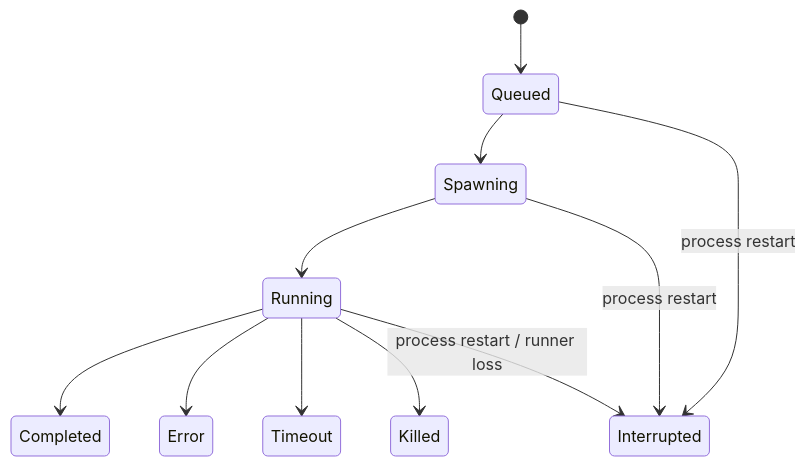
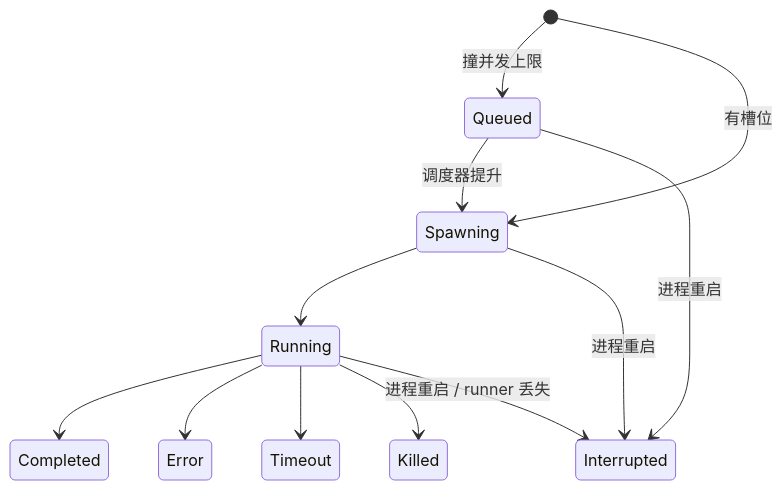
One commit to shiwenwen/hope-agent changed the second of 6 diagrams in docs/architecture/subagent.md. Above: the diagram before and after it, drawn with Mermaid. The commit also changed other lines of this file and 11 other files, not shown here.

````diff
--- a/docs/architecture/subagent.md
+++ b/docs/architecture/subagent.md
@@ -30,13 +79,14 @@
 ```mermaid
 stateDiagram-v2
-    [*] --> Queued
-    Queued --> Spawning
+    [*] --> Queued: 撞并发上限
+    [*] --> Spawning: 有槽位
+    Queued --> Spawning: 调度器提升
     Spawning --> Running
     Running --> Completed
     Running --> Error
     Running --> Timeout
     Running --> Killed
-    Queued --> Interrupted: process restart
-    Spawning --> Interrupted: process restart
-    Running --> Interrupted: process restart / runner loss
+    Queued --> Interrupted: 进程重启
+    Spawning --> Interrupted: 进程重启
+    Running --> Interrupted: 进程重启 / runner 丢失
 ```
````
